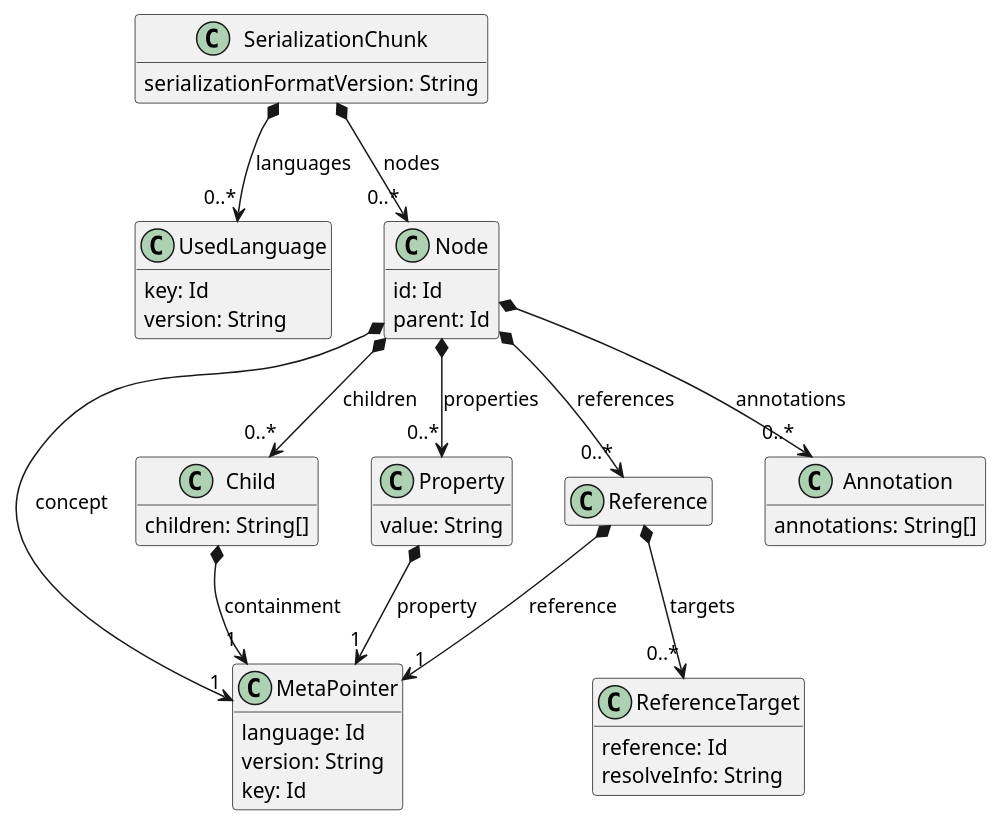
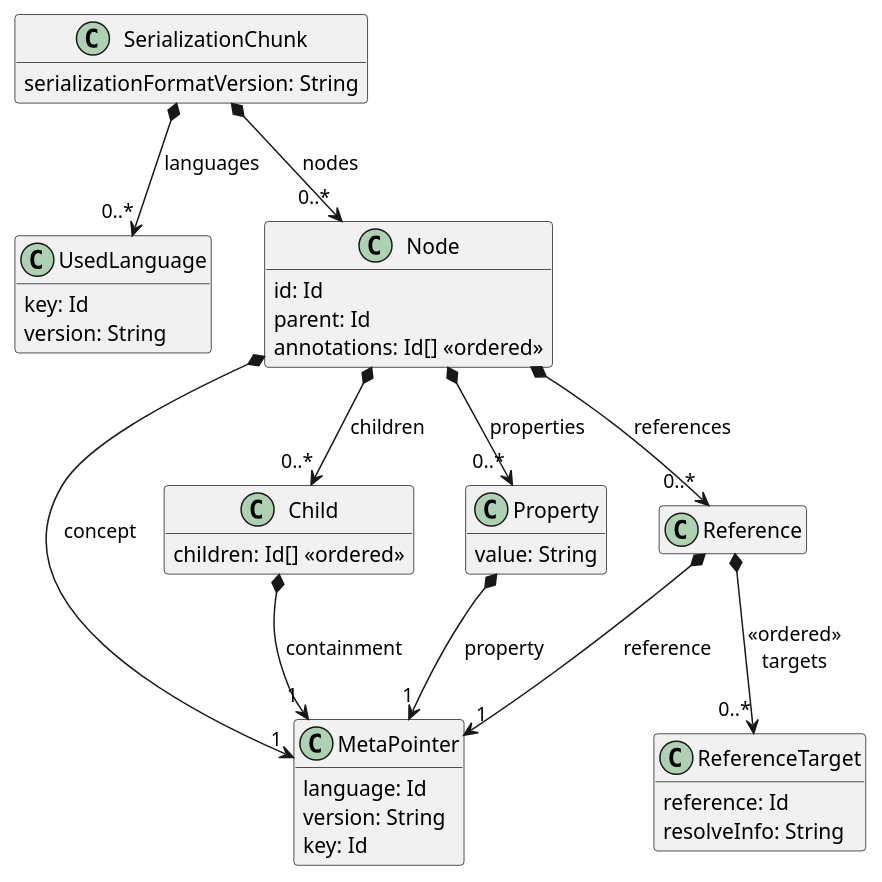
Before and after one commit to LionWeb-io/specification: the diagram in serialization/serialization.puml, drawn with PlantUML. The commit also changed 2 other files, not shown here.

Commit message:
added decisions on ordering; fixed annotation structure in serialization

```diff
--- a/serialization/serialization.puml
+++ b/serialization/serialization.puml
@@ -1,59 +1,55 @@
 @startuml
 'title Serialization Format
 
 hide empty members
 
 class SerializationChunk {
     serializationFormatVersion: String
 }
 
 SerializationChunk *--> "0..*" UsedLanguage: languages
 
 class UsedLanguage {
     key: Id
     version: String
 }
 
 SerializationChunk *--> "0..*" Node: nodes
 
 class Node {
     id: Id
     parent: Id
+    annotations: Id[] <<ordered>>
 }
 
 Node *--> "1" MetaPointer: concept
 
 class MetaPointer {
     language: Id
     version: String
     key: Id
 }
 
 Node *--> "0..*" Child: children
 class Child {
-  children: String[]
+  children: Id[] <<ordered>>
 }
 Child *--> "1" MetaPointer: containment
 
 Node *--> "0..*" Property: properties
 class Property {
     value: String
 }
 Property *--> "1" MetaPointer: property
 
 
 Node *--> "0..*" Reference: references
 class Reference
 Reference *--> "1" MetaPointer: reference
-Reference *--> "0..*" ReferenceTarget: targets
+Reference *--> "0..*" ReferenceTarget: <<ordered>>\ntargets
 class ReferenceTarget {
     reference: Id
     resolveInfo: String
 }
 
-Node *--> "0..*" Annotation: annotations
-class Annotation {
-  annotations: String[]
-}
-
 @enduml
```
